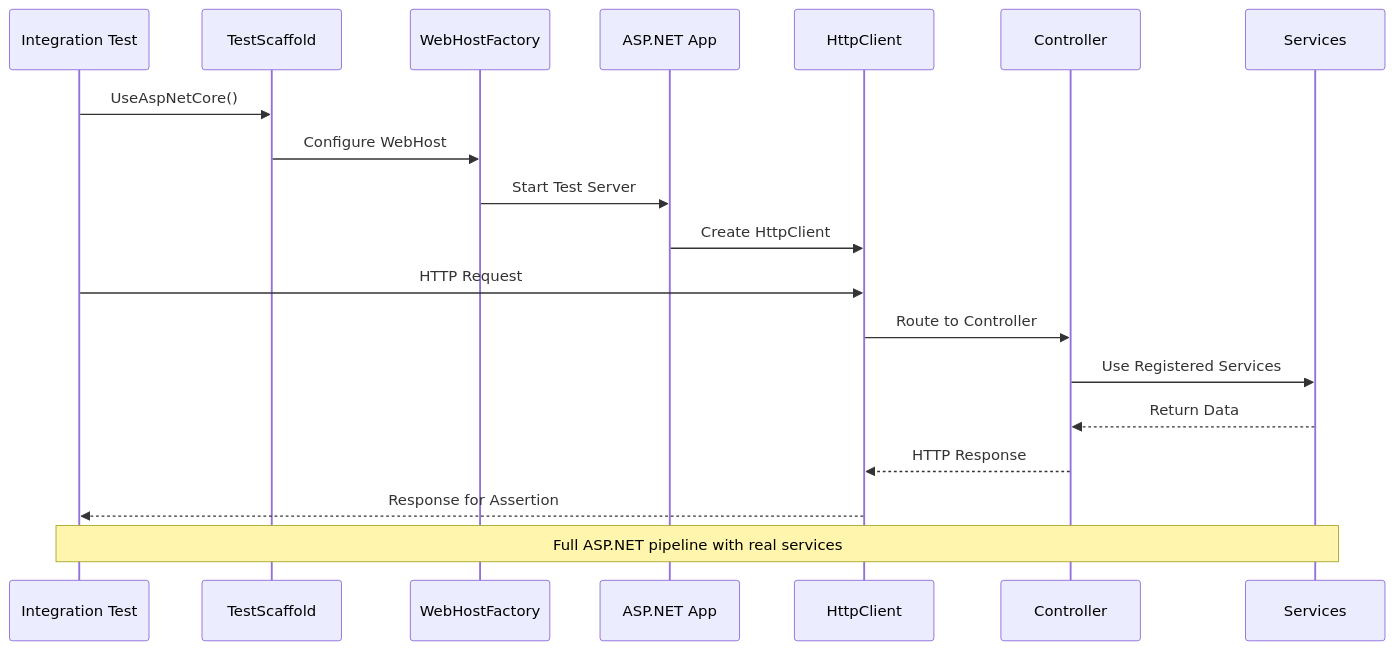
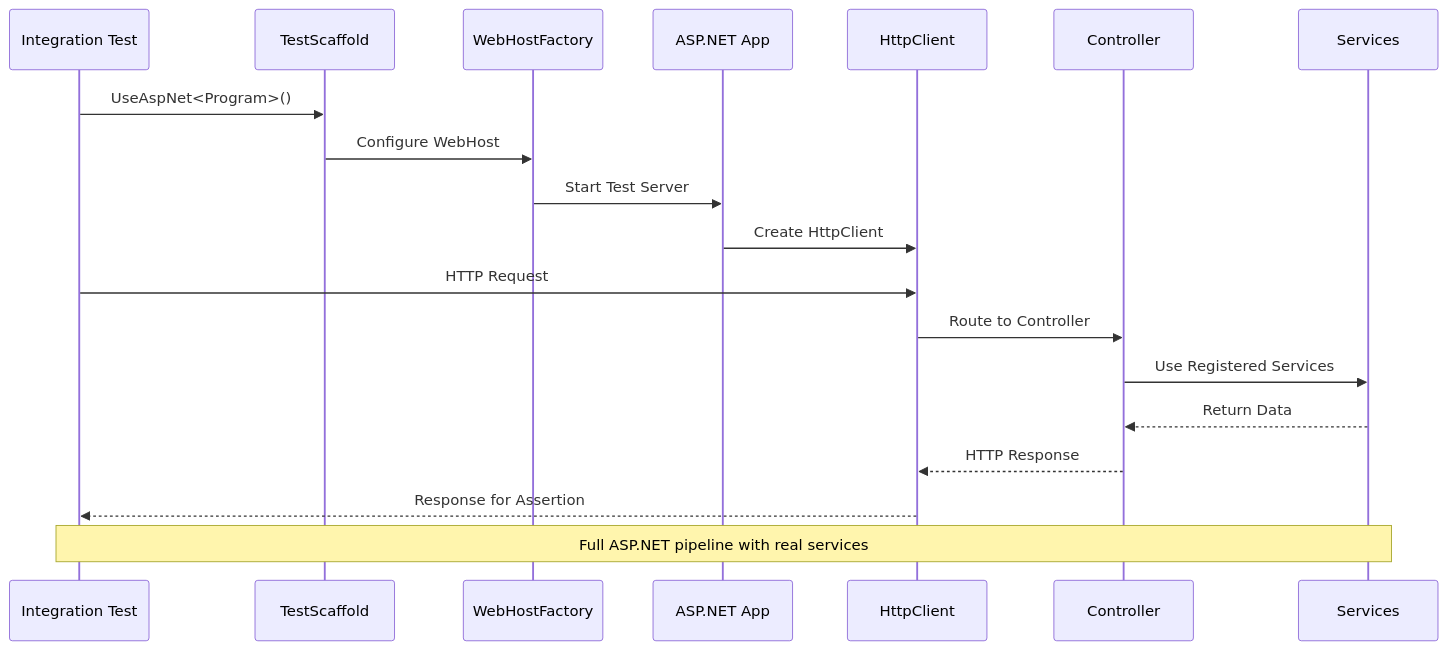
Before and after one commit to rburnham52/fluent-test-scaffold: the diagram in docs/asp-net-core/README.md, drawn with Mermaid. The commit also changed other lines of this file and 13 other files, not shown here.

````diff
--- a/docs/asp-net-core/README.md
+++ b/docs/asp-net-core/README.md
@@ -7,24 +7,24 @@
 ```mermaid
 sequenceDiagram
     participant Test as Integration Test
     participant TS as TestScaffold
     participant WHF as WebHostFactory
     participant APP as ASP.NET App
     participant CLIENT as HttpClient
     participant CTRL as Controller
     participant SVC as Services
 
-    Test->>TS: UseAspNetCore()
+    Test->>TS: UseAspNet<Program>()
     TS->>WHF: Configure WebHost
     WHF->>APP: Start Test Server
     APP->>CLIENT: Create HttpClient
     
     Test->>CLIENT: HTTP Request
     CLIENT->>CTRL: Route to Controller
     CTRL->>SVC: Use Registered Services
     SVC-->>CTRL: Return Data
     CTRL-->>CLIENT: HTTP Response
     CLIENT-->>Test: Response for Assertion
 
     Note over Test,SVC: Full ASP.NET pipeline with real services
 ```
````
